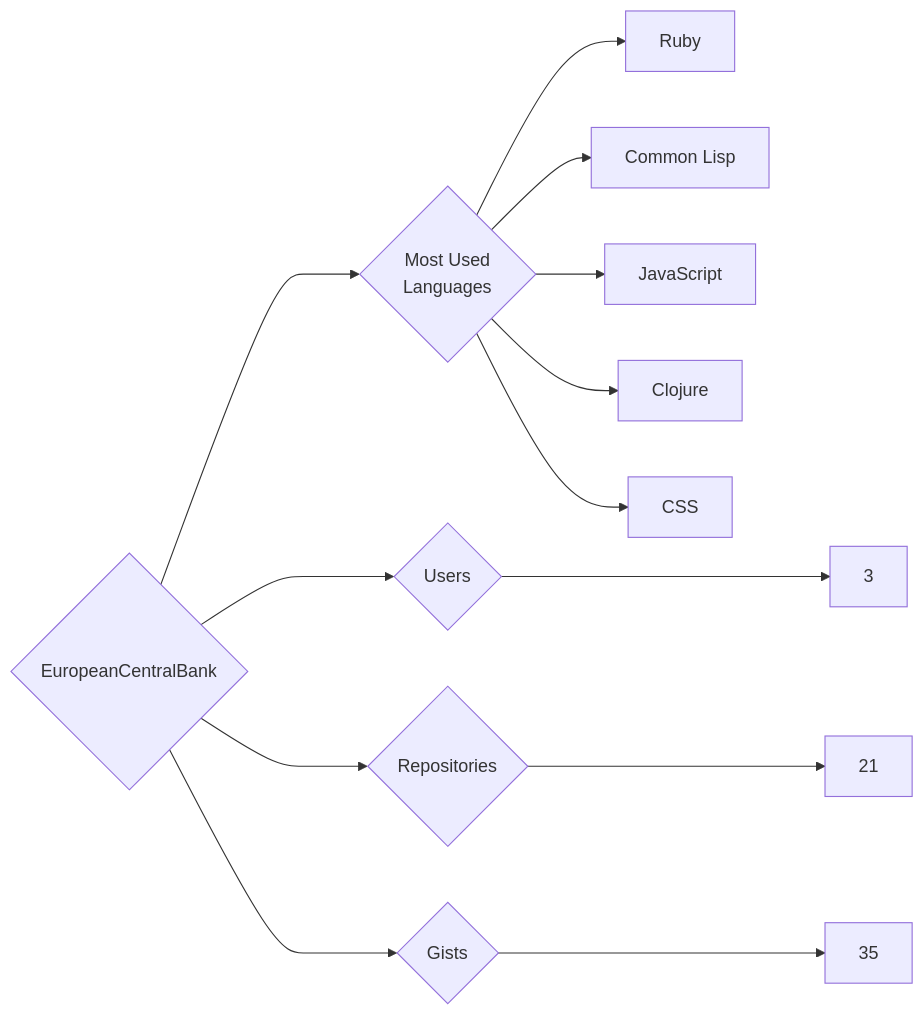
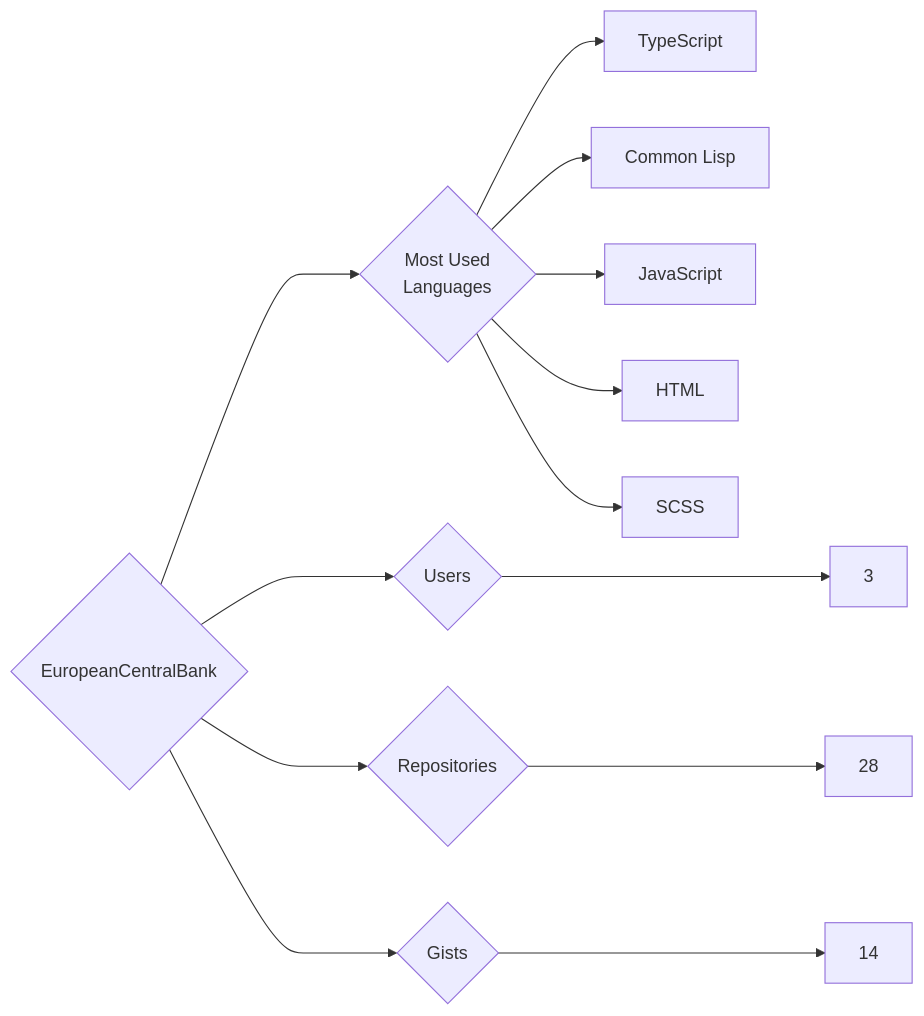
One commit to trickest/insiders changed the diagram in targets/EuropeanCentralBank/README.md. Above: the diagram before and after it, drawn with Mermaid. The commit also changed 933 other files, not shown here.

````diff
--- a/targets/EuropeanCentralBank/README.md
+++ b/targets/EuropeanCentralBank/README.md
@@ -3,13 +3,13 @@
 ```mermaid
 graph LR
 COMPANY_NAME{EuropeanCentralBank}
 COMPANY_NAME ---> U{Users} ---> UN[3]
-COMPANY_NAME ---> R{Repositories} ---> RN[21]
-COMPANY_NAME ---> G{Gists} ---> GN[35]
+COMPANY_NAME ---> R{Repositories} ---> RN[28]
+COMPANY_NAME ---> G{Gists} ---> GN[14]
 COMPANY_NAME ---> ML{Most Used<br>Languages}
-ML --> Ruby[Ruby]
+ML --> TypeScript[TypeScript]
 ML --> Common_Lisp[Common Lisp]
 ML --> JavaScript[JavaScript]
-ML --> Clojure[Clojure]
-ML --> CSS[CSS]
+ML --> HTML[HTML]
+ML --> SCSS[SCSS]
 ```
````
